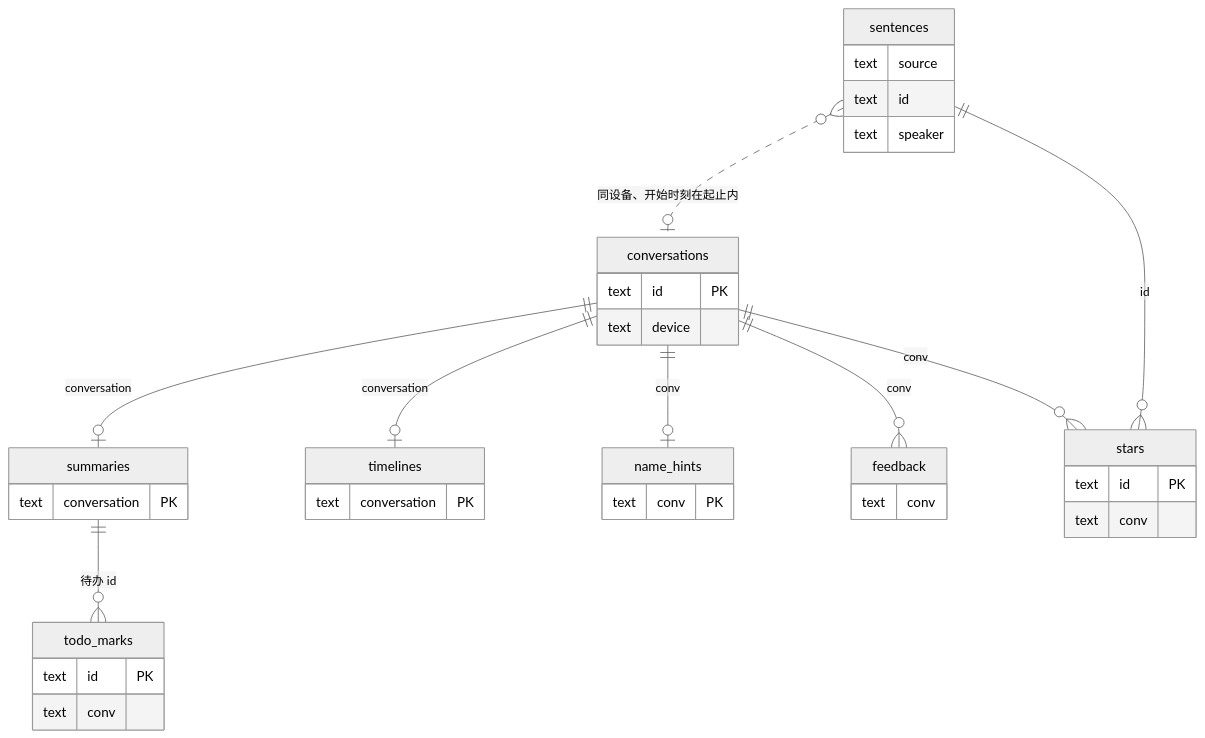
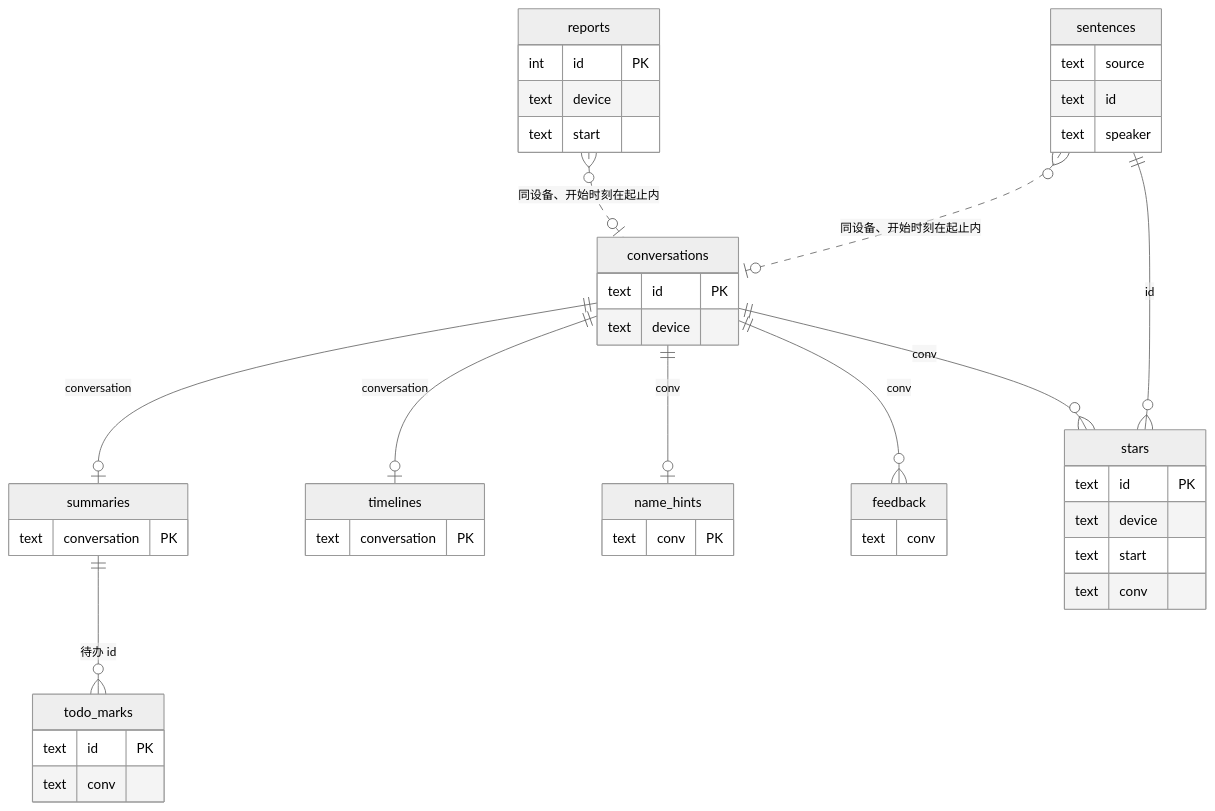
The second of 5 diagrams in docs/explanation/domain-model.md (suyiiyii/alldayrec), drawn with Mermaid (neutral theme) before and after one commit. The commit also changed other lines of this file and 28 other files, not shown here.

````diff
--- a/docs/explanation/domain-model.md
+++ b/docs/explanation/domain-model.md
@@ -186,41 +187,49 @@
 ```mermaid
 erDiagram
     conversations {
         text id PK
         text device
     }
     summaries {
         text conversation PK
     }
     sentences {
         text source
         text id
         text speaker
     }
     timelines {
         text conversation PK
     }
     name_hints {
         text conv PK
     }
     feedback {
         text conv
     }
     todo_marks {
         text id PK
         text conv
     }
     stars {
         text id PK
+        text device
+        text start
         text conv
+    }
+    reports {
+        int id PK
+        text device
+        text start
     }
 
     conversations ||--o| summaries : "conversation"
     conversations ||--o| timelines : "conversation"
     conversations ||--o| name_hints : "conv"
     conversations ||--o{ feedback : "conv"
     summaries ||--o{ todo_marks : "待办 id"
     conversations ||--o{ stars : "conv"
     sentences ||--o{ stars : "id"
+    reports }o..o| conversations : "同设备、开始时刻在起止内"
     sentences }o..o| conversations : "同设备、开始时刻在起止内"
 ```
````
